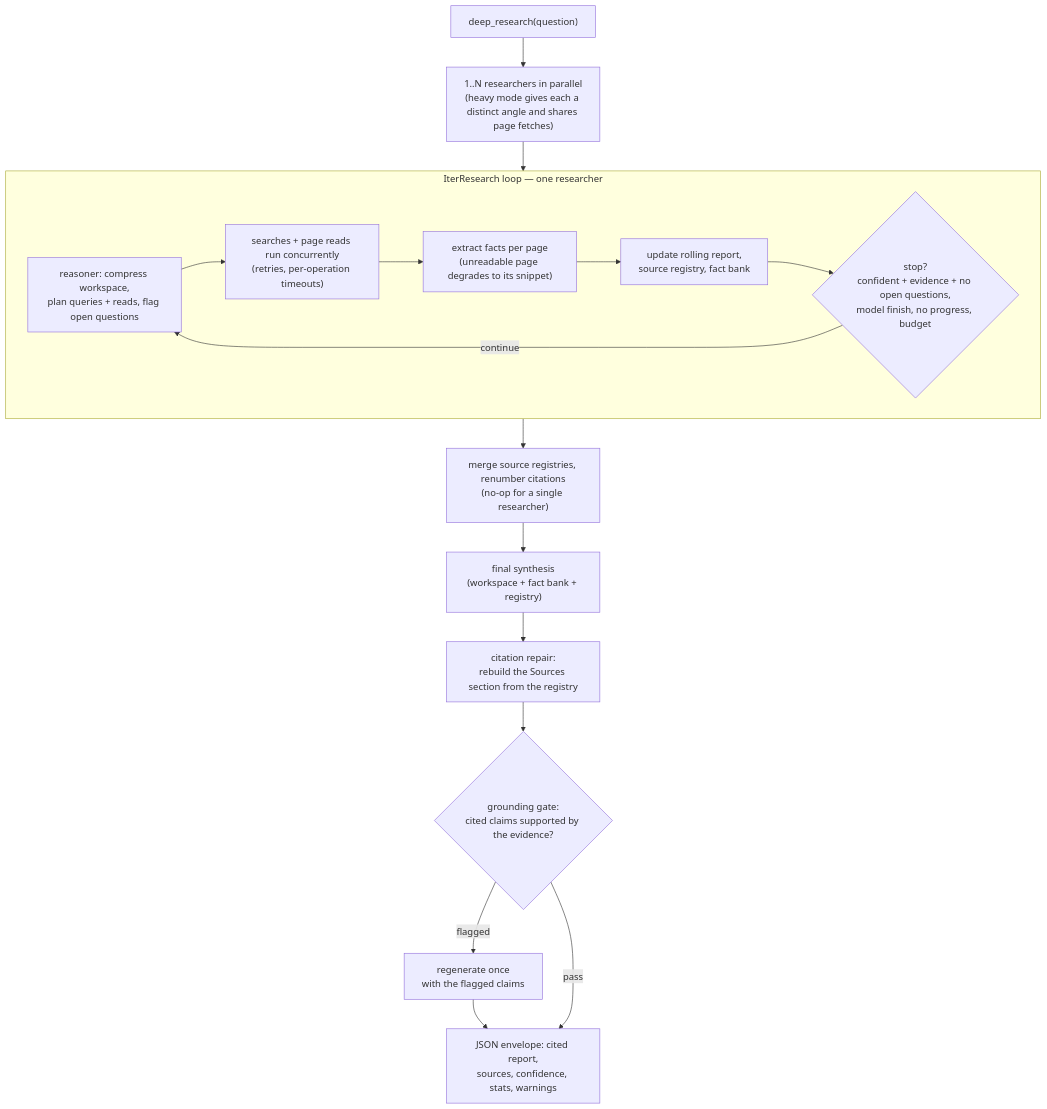
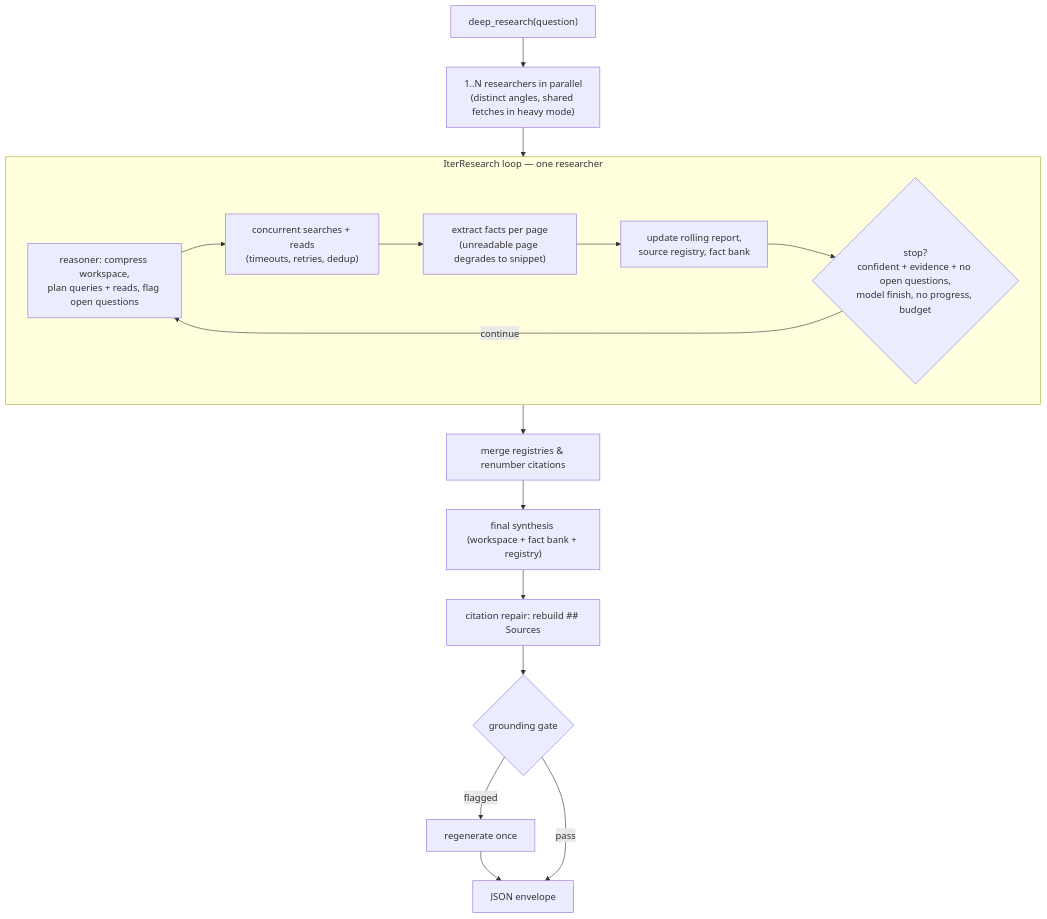
One commit to mindroom-ai/deep-research-plugin changed the diagram in README.md. Above: the diagram before and after it, drawn with Mermaid. The commit also changed other lines of this file, not shown here.

````diff
--- a/README.md
+++ b/README.md
@@ -45,21 +100,21 @@
 ```mermaid
 flowchart TD
-    CALL["deep_research(question)"] --> FAN["1..N researchers in parallel<br/>(heavy mode gives each a distinct angle and shares page fetches)"]
+    CALL["deep_research(question)"] --> FAN["1..N researchers in parallel<br/>(distinct angles, shared fetches in heavy mode)"]
 
     subgraph LOOP["IterResearch loop — one researcher"]
-        PLAN["reasoner: compress workspace,<br/>plan queries + reads, flag open questions"] --> ACT["searches + page reads run concurrently<br/>(retries, per-operation timeouts)"]
-        ACT --> EXTRACT["extract facts per page<br/>(unreadable page degrades to its snippet)"]
+        PLAN["reasoner: compress workspace,<br/>plan queries + reads, flag open questions"] --> ACT["concurrent searches + reads<br/>(timeouts, retries, dedup)"]
+        ACT --> EXTRACT["extract facts per page<br/>(unreadable page degrades to snippet)"]
         EXTRACT --> UPDATE["update rolling report,<br/>source registry, fact bank"]
         UPDATE --> STOP{"stop?<br/>confident + evidence + no open questions,<br/>model finish, no progress, budget"}
         STOP -- "continue" --> PLAN
     end
 
     FAN --> LOOP
-    LOOP --> MERGE["merge source registries, renumber citations<br/>(no-op for a single researcher)"]
-    MERGE --> SYNTH["final synthesis<br/>(workspace + fact bank + registry)"]
-    SYNTH --> REPAIR["citation repair:<br/>rebuild the Sources section from the registry"]
-    REPAIR --> GATE{"grounding gate:<br/>cited claims supported by the evidence?"}
-    GATE -- "flagged" --> REGEN["regenerate once<br/>with the flagged claims"]
-    REGEN --> OUT["JSON envelope: cited report,<br/>sources, confidence, stats, warnings"]
+    LOOP --> MERGE["merge registries & renumber citations"]
+    MERGE --> SYNTH["final synthesis (workspace + fact bank + registry)"]
+    SYNTH --> REPAIR["citation repair: rebuild ## Sources"]
+    REPAIR --> GATE{"grounding gate"}
+    GATE -- "flagged" --> REGEN["regenerate once"]
+    REGEN --> OUT["JSON envelope"]
     GATE -- "pass" --> OUT
 ```
````
